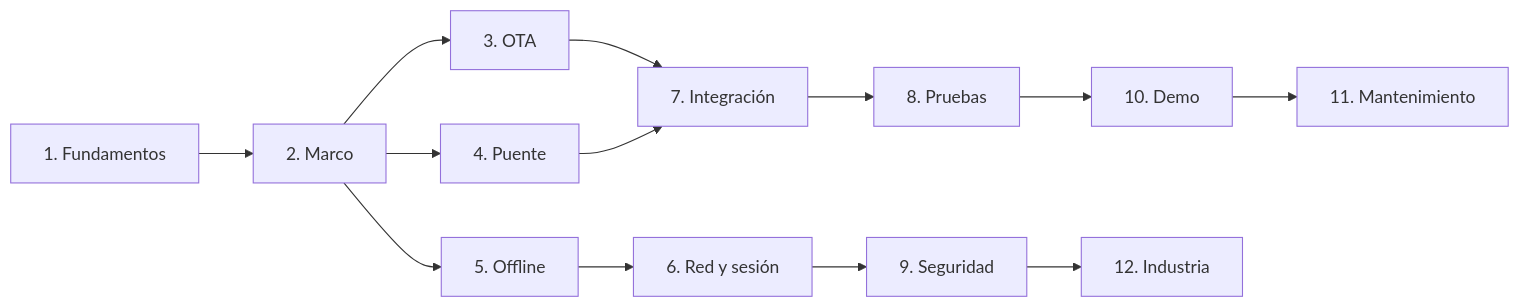
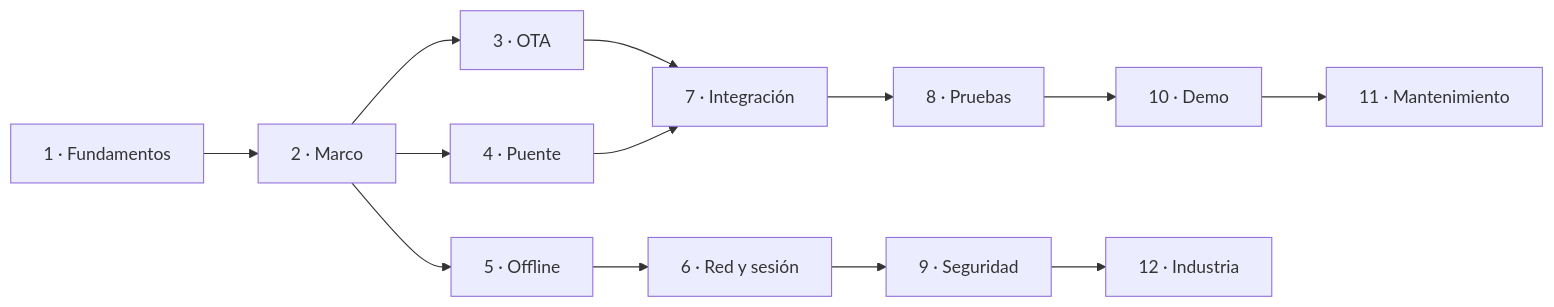
One commit to hdcm-dev/Lab-Documentos changed the first of 27 diagrams in Concepts/Framework-Concept/MAUI-Framework-Developer-Guide.md. Above: the diagram before and after it, drawn with Mermaid. The commit also changed other lines of this file, not shown here.

Commit message:
FC: libro, tres diagramas mermaid que se dibujaban con «Unsupported markdown»
Etiquetas «1. …» (mermaid las toma como lista) y una URL (la toma como enlace).
Los 30 diagramas del libro y del Conocimiento renderizados y revisados con
mermaid-cli.

````diff
--- a/Concepts/Framework-Concept/MAUI-Framework-Developer-Guide.md
+++ b/Concepts/Framework-Concept/MAUI-Framework-Developer-Guide.md
@@ -67,15 +67,15 @@
 ```mermaid
 flowchart LR
-  C1["1. Fundamentos"] --> C2["2. Marco"]
-  C2 --> C3["3. OTA"]
-  C2 --> C4["4. Puente"]
-  C2 --> C5["5. Offline"]
-  C5 --> C6["6. Red y sesión"]
-  C3 --> C7["7. Integración"]
+  C1["1 · Fundamentos"] --> C2["2 · Marco"]
+  C2 --> C3["3 · OTA"]
+  C2 --> C4["4 · Puente"]
+  C2 --> C5["5 · Offline"]
+  C5 --> C6["6 · Red y sesión"]
+  C3 --> C7["7 · Integración"]
   C4 --> C7
-  C7 --> C8["8. Pruebas"]
-  C6 --> C9["9. Seguridad"]
-  C8 --> C10["10. Demo"]
-  C10 --> C11["11. Mantenimiento"]
-  C9 --> C12["12. Industria"]
+  C7 --> C8["8 · Pruebas"]
+  C6 --> C9["9 · Seguridad"]
+  C8 --> C10["10 · Demo"]
+  C10 --> C11["11 · Mantenimiento"]
+  C9 --> C12["12 · Industria"]
 ```
````
